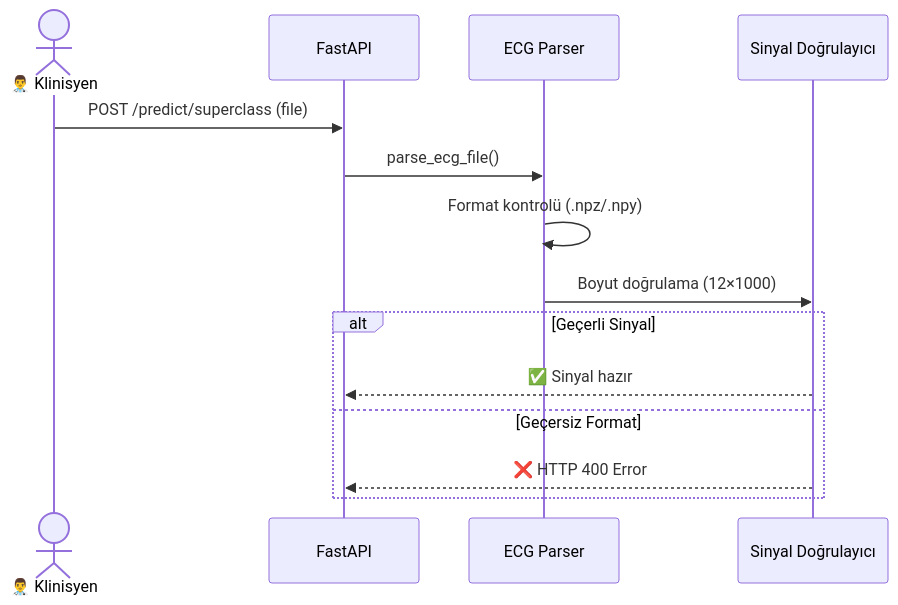
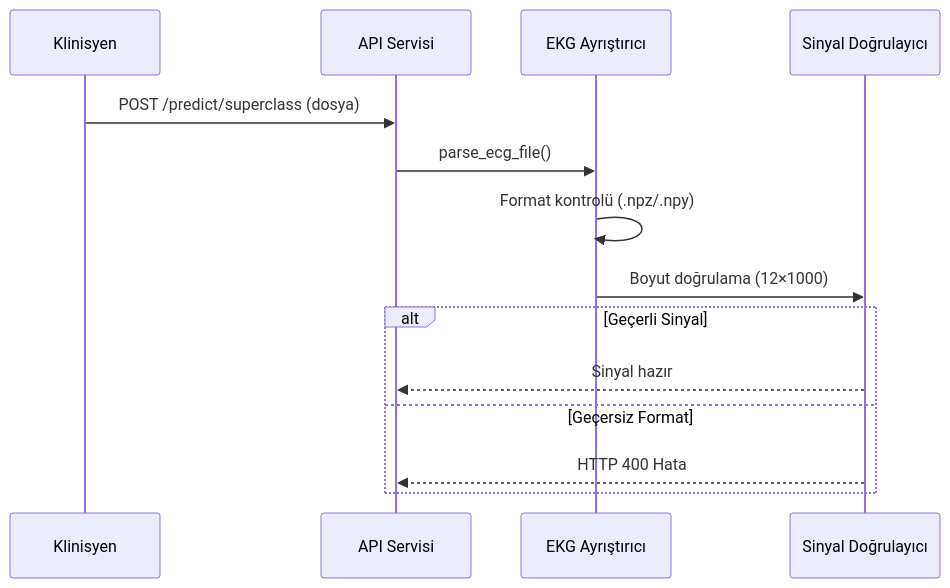
The second of 8 diagrams in docs/diagrams/02_use_case_diagram.md (mUsaulug/CardioGuard-AI), drawn with Mermaid before and after one commit. The commit also changed other lines of this file and 5 other files, not shown here.

````diff
--- a/docs/diagrams/02_use_case_diagram.md
+++ b/docs/diagrams/02_use_case_diagram.md
@@ -117,17 +117,17 @@
 ```mermaid
 sequenceDiagram
-    actor Clinician as 👨‍⚕️ Klinisyen
-    participant API as FastAPI
-    participant Parser as ECG Parser
-    participant Validator as Sinyal Doğrulayıcı
+    participant Klinisyen
+    participant API as API Servisi
+    participant Parser as EKG Ayrıştırıcı
+    participant Dogrulayici as Sinyal Doğrulayıcı
     
-    Clinician->>API: POST /predict/superclass (file)
+    Klinisyen->>API: POST /predict/superclass (dosya)
     API->>Parser: parse_ecg_file()
     Parser->>Parser: Format kontrolü (.npz/.npy)
-    Parser->>Validator: Boyut doğrulama (12×1000)
+    Parser->>Dogrulayici: Boyut doğrulama (12×1000)
     alt Geçerli Sinyal
-        Validator-->>API: ✅ Sinyal hazır
+        Dogrulayici-->>API: Sinyal hazır
     else Geçersiz Format
-        Validator-->>API: ❌ HTTP 400 Error
+        Dogrulayici-->>API: HTTP 400 Hata
     end
 ```
````
